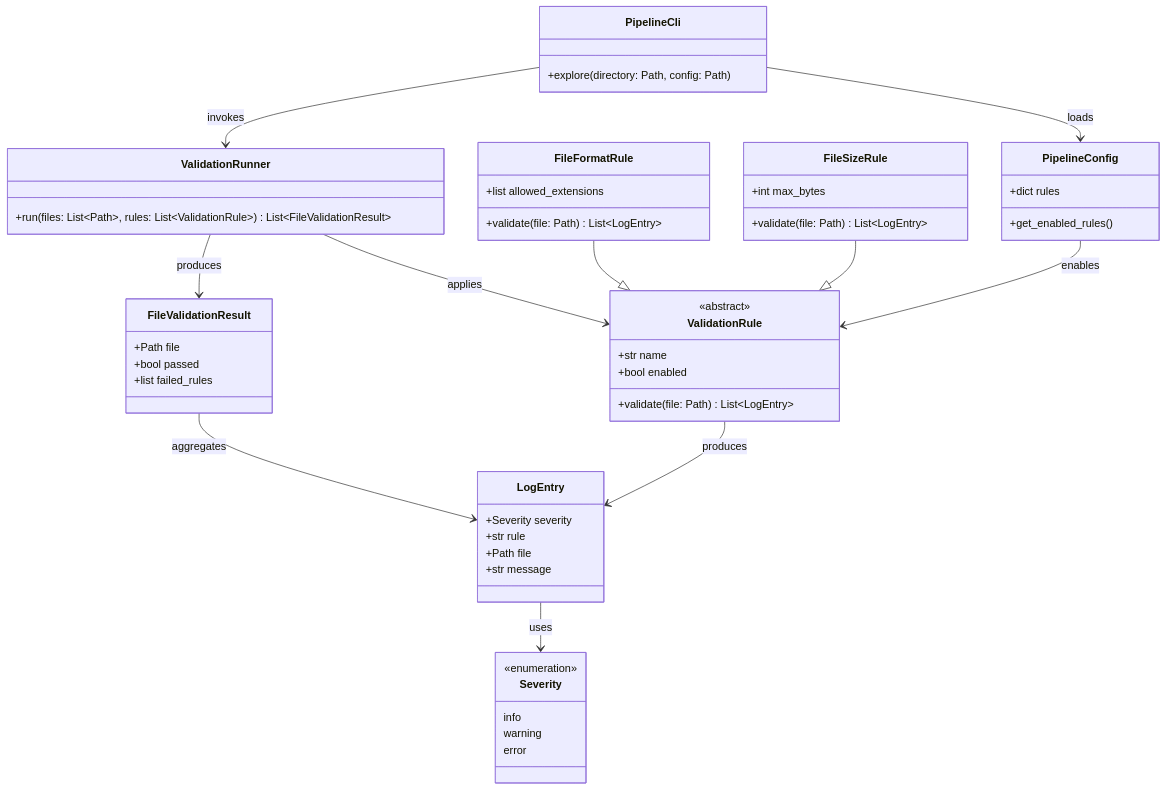
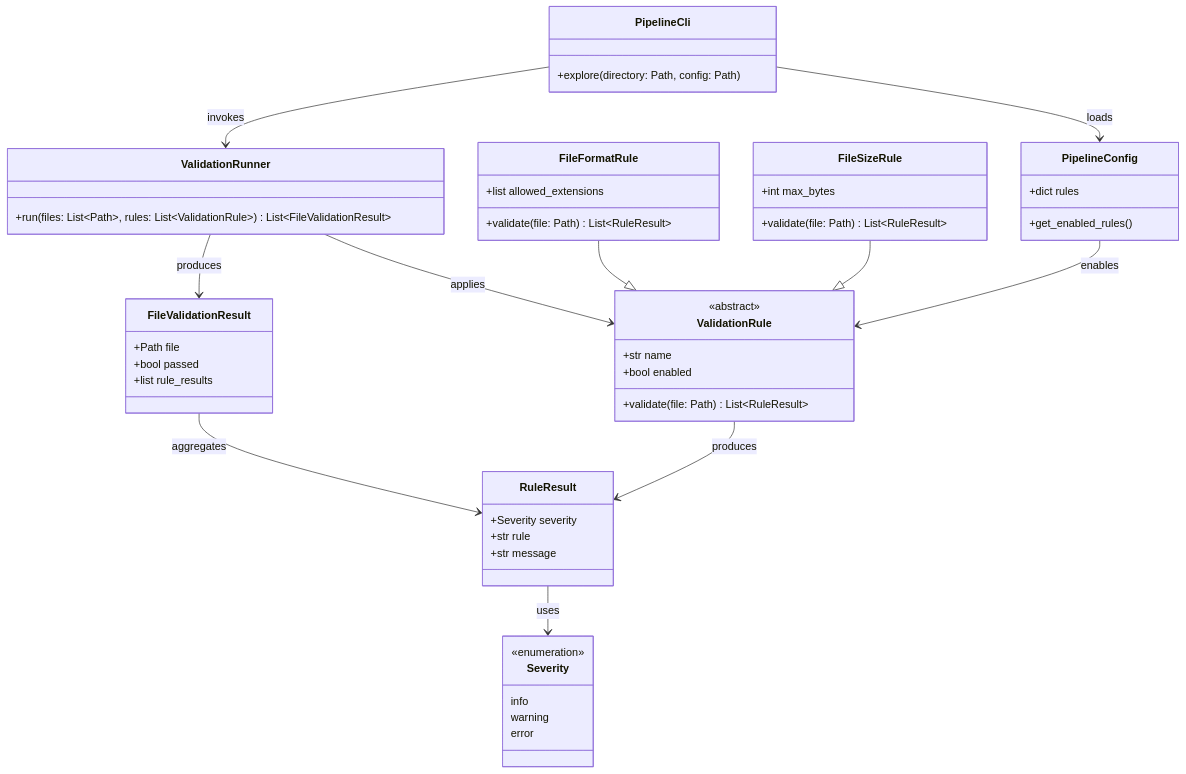
One commit to iavina/usd-unreal-pipeline changed the diagram in spdd/prompt/GGQPA-XXX-202606301030-[Feat]-cli-modular-validation.md. Above: the diagram before and after it, drawn with Mermaid. The commit also changed other lines of this file and 16 other files, not shown here.

First line of the commit message:
Refactor validation results and add styled explore logging.

````diff
--- a/spdd/prompt/GGQPA-XXX-202606301030-[Feat]-cli-modular-validation.md
+++ b/spdd/prompt/GGQPA-XXX-202606301030-[Feat]-cli-modular-validation.md
@@ -9,65 +9,64 @@
 ```mermaid
 classDiagram
 direction TB
 
 class PipelineCli {
     +explore(directory: Path, config: Path)
 }
 
 class PipelineConfig {
     +dict rules
     +get_enabled_rules()
 }
 
 class ValidationRule {
     <<abstract>>
     +str name
     +bool enabled
-    +validate(file: Path) List~LogEntry~
+    +validate(file: Path) List~RuleResult~
 }
 
 class FileFormatRule {
     +list allowed_extensions
-    +validate(file: Path) List~LogEntry~
+    +validate(file: Path) List~RuleResult~
 }
 
 class FileSizeRule {
     +int max_bytes
-    +validate(file: Path) List~LogEntry~
+    +validate(file: Path) List~RuleResult~
 }
 
-class LogEntry {
+class RuleResult {
     +Severity severity
     +str rule
-    +Path file
     +str message
 }
 
 class Severity {
     <<enumeration>>
     info
     warning
     error
 }
 
 class FileValidationResult {
     +Path file
     +bool passed
-    +list failed_rules
+    +list rule_results
 }
 
 class ValidationRunner {
     +run(files: List~Path~, rules: List~ValidationRule~) List~FileValidationResult~
 }
 
 PipelineCli --> PipelineConfig : loads
 PipelineCli --> ValidationRunner : invokes
 ValidationRunner --> ValidationRule : applies
 ValidationRunner --> FileValidationResult : produces
-FileValidationResult --> LogEntry : aggregates
+FileValidationResult --> RuleResult : aggregates
 FileFormatRule --|> ValidationRule
 FileSizeRule --|> ValidationRule
-ValidationRule --> LogEntry : produces
-LogEntry --> Severity : uses
+ValidationRule --> RuleResult : produces
+RuleResult --> Severity : uses
 PipelineConfig --> ValidationRule : enables
 ```
````
